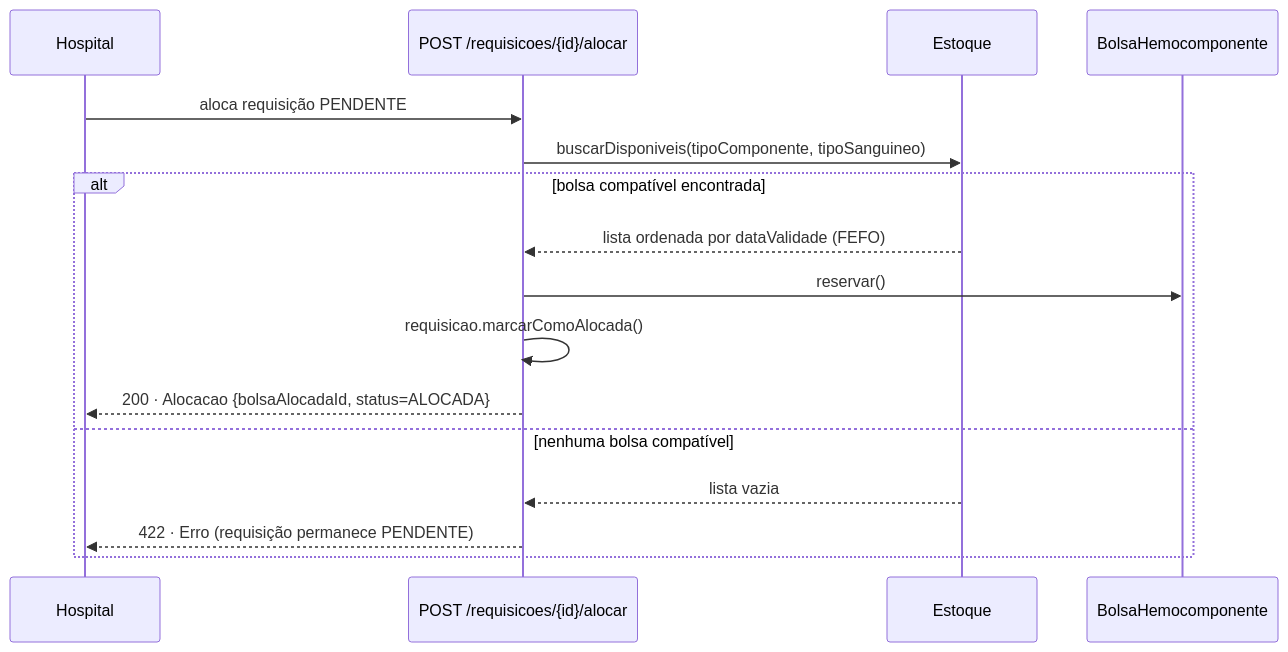
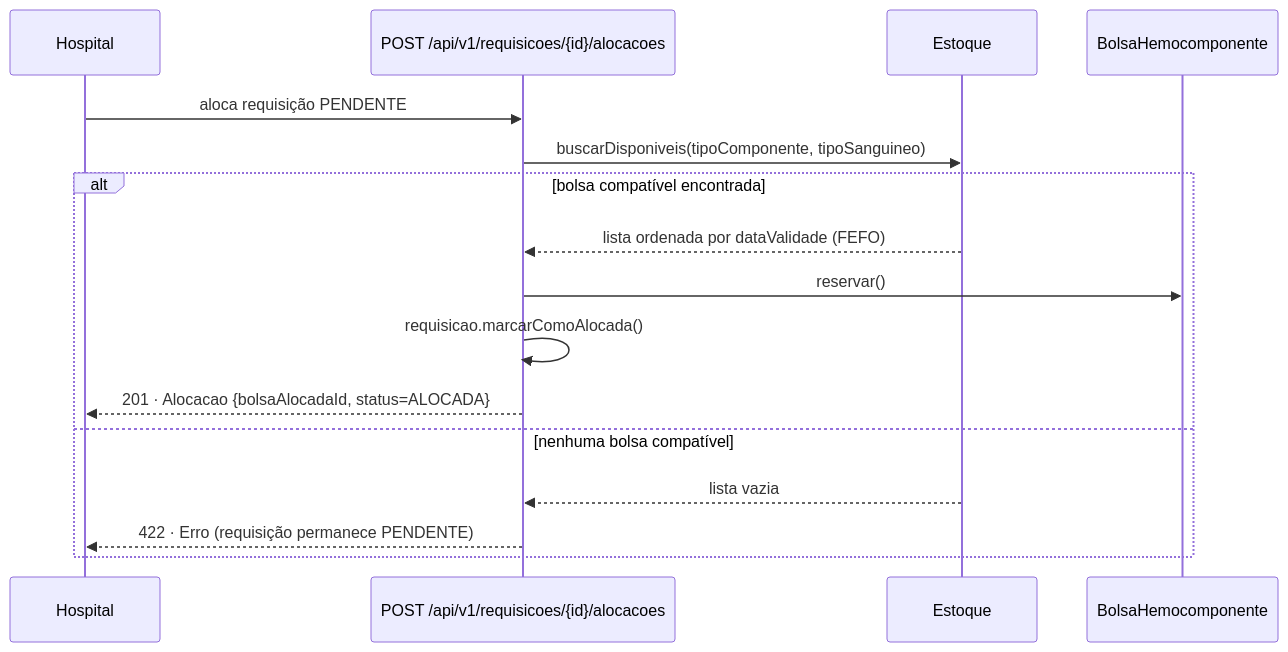
One commit to viictorpaes/Rotavital changed the fourth of 4 diagrams in docs/CONTRATOS_DE_API.md. Above: the diagram before and after it, drawn with Mermaid. The commit also changed other lines of this file and 18 other files, not shown here.

````diff
--- a/docs/CONTRATOS_DE_API.md
+++ b/docs/CONTRATOS_DE_API.md
@@ -176,19 +331,19 @@
 ```mermaid
 sequenceDiagram
     participant H as Hospital
-    participant API as POST /requisicoes/{id}/alocar
+    participant API as POST /api/v1/requisicoes/{id}/alocacoes
     participant E as Estoque
     participant B as BolsaHemocomponente
 
     H->>API: aloca requisição PENDENTE
     API->>E: buscarDisponiveis(tipoComponente, tipoSanguineo)
     alt bolsa compatível encontrada
         E-->>API: lista ordenada por dataValidade (FEFO)
         API->>B: reservar()
         API->>API: requisicao.marcarComoAlocada()
-        API-->>H: 200 · Alocacao {bolsaAlocadaId, status=ALOCADA}
+        API-->>H: 201 · Alocacao {bolsaAlocadaId, status=ALOCADA}
     else nenhuma bolsa compatível
         E-->>API: lista vazia
         API-->>H: 422 · Erro (requisição permanece PENDENTE)
     end
 ```
````
